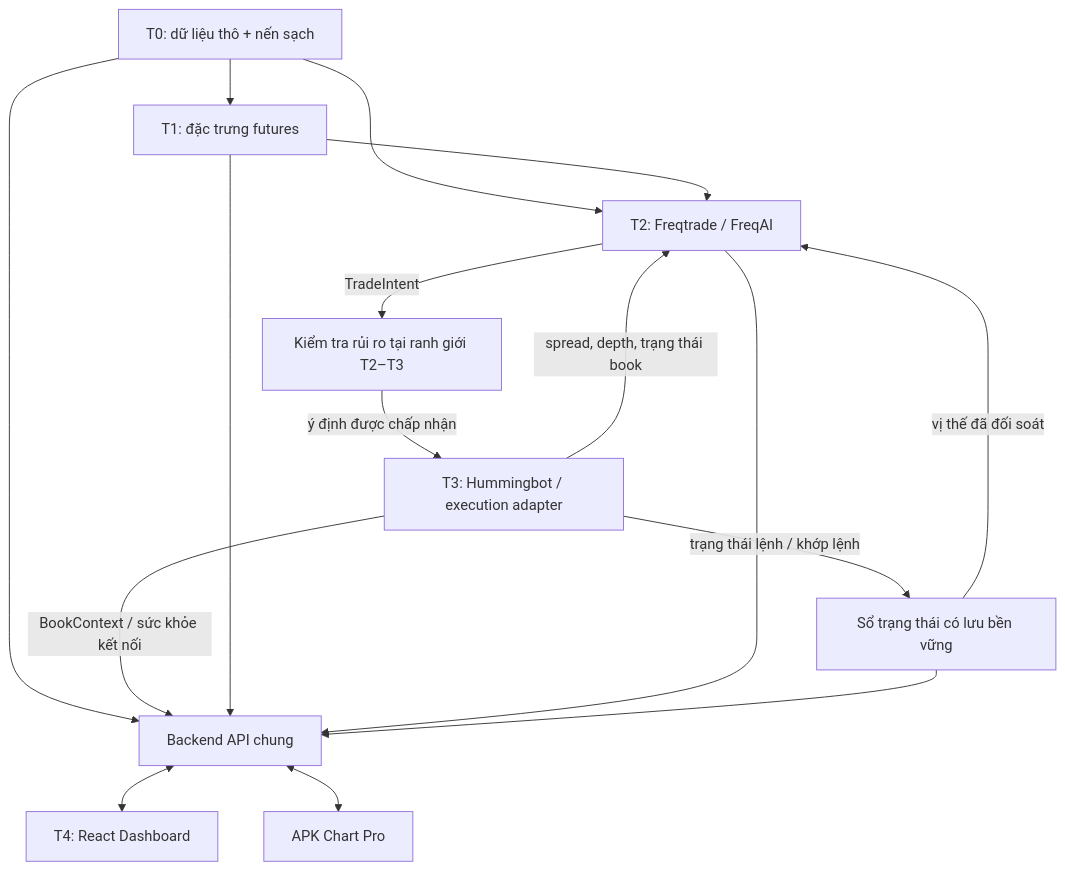
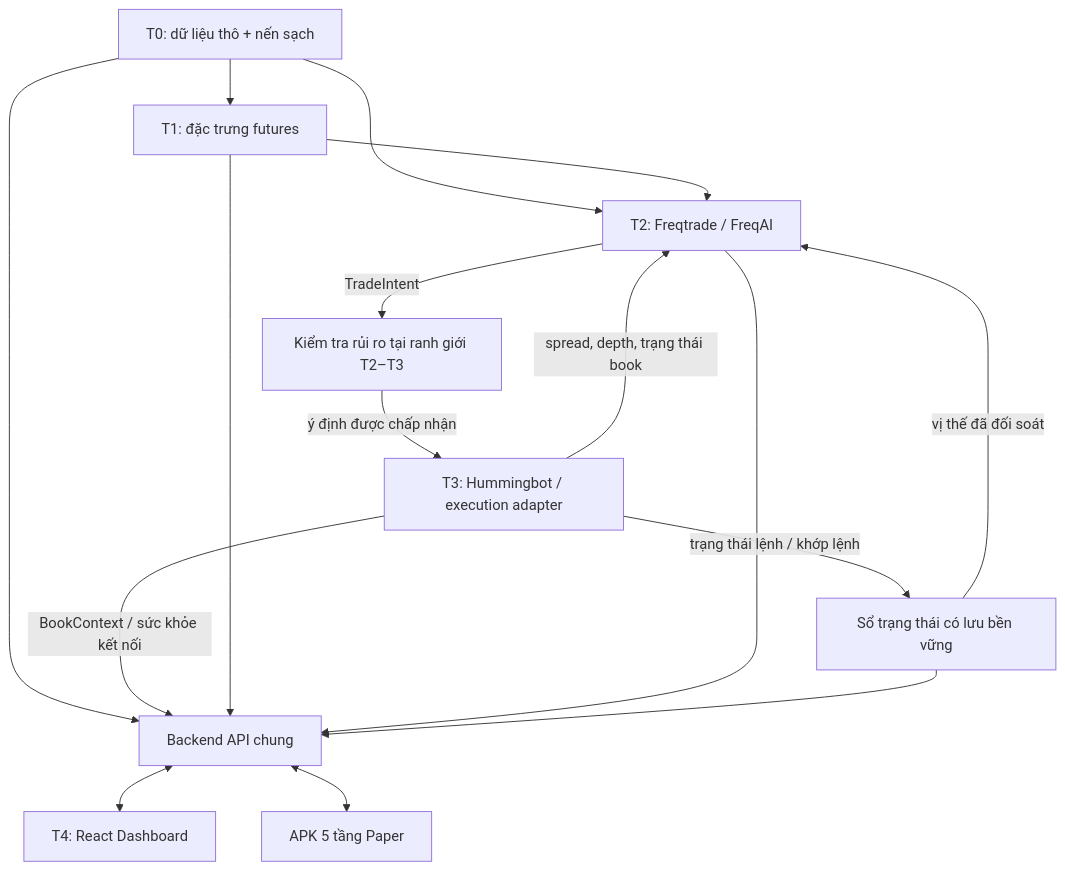
Before and after one commit to kenznguyen/btcusdt-telegram-signals2: the diagram in docs/FIVE_LAYER_ARCHITECTURE.md, drawn with Mermaid. The commit also changed other lines of this file, not shown here.

Commit message:
docs: remove Chart Pro references from five-layer architecture

````diff
--- a/docs/FIVE_LAYER_ARCHITECTURE.md
+++ b/docs/FIVE_LAYER_ARCHITECTURE.md
@@ -29,18 +29,18 @@
 ```mermaid
 flowchart TD
     T0["T0: dữ liệu thô + nến sạch"] --> T1["T1: đặc trưng futures"]
     T0 --> T2["T2: Freqtrade / FreqAI"]
     T1 --> T2
     T3["T3: Hummingbot / execution adapter"] -->|"spread, depth, trạng thái book"| T2
     T2 -->|TradeIntent| G["Kiểm tra rủi ro tại ranh giới T2–T3"]
     G -->|"ý định được chấp nhận"| T3
     T3 -->|"trạng thái lệnh / khớp lệnh"| S["Sổ trạng thái có lưu bền vững"]
     S -->|"vị thế đã đối soát"| T2
     T0 --> API["Backend API chung"]
     T3 -->|"BookContext / sức khỏe kết nối"| API
     T1 --> API
     T2 --> API
     S --> API
     API <--> T4["T4: React Dashboard"]
-    API <--> APK["APK Chart Pro"]
+    API <--> APK["APK 5 tầng Paper"]
 ```
````
